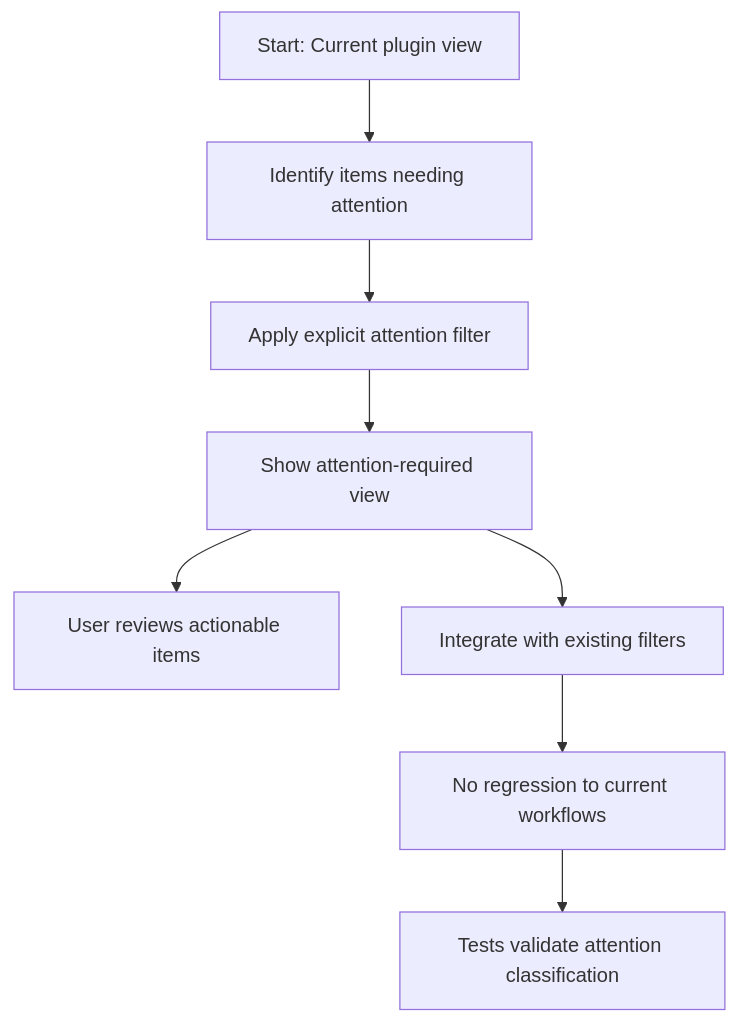
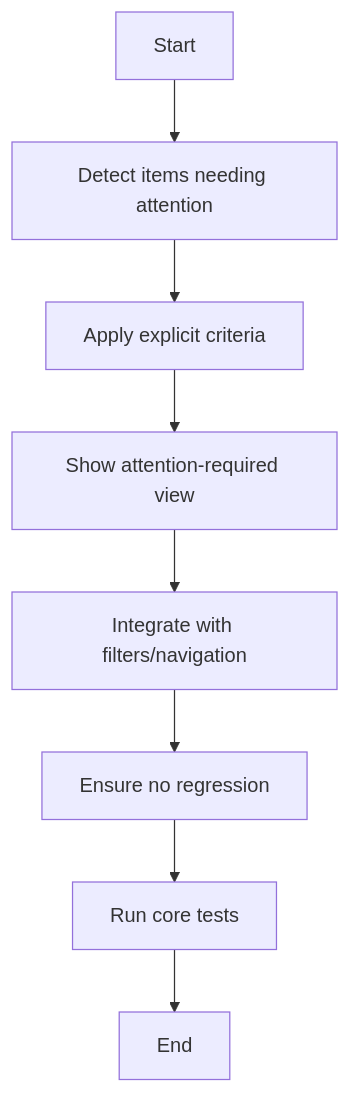
The diagram in logics/request/req_040_add_attention_required_view_to_the_plugin.md (AlexAgo83/logics-manager), drawn with Mermaid before and after one commit. The commit also changed 50 other files, not shown here.

````diff
--- a/logics/request/req_040_add_attention_required_view_to_the_plugin.md
+++ b/logics/request/req_040_add_attention_required_view_to_the_plugin.md
@@ -10,15 +10,12 @@
 ```mermaid
 %% logics-kind: request
 %% logics-signature: request|add-an-attention-required-view-to-the-pl|add-a-focused-way-to-surface|ac1-the-plugin-exposes-an-explicit
 flowchart TD
-  A[Start: Current plugin view]
-  B[Identify items needing attention]
-  C[Apply explicit attention filter]
-  D[Show attention-required view]
-  E[User reviews actionable items]
-  F[Integrate with existing filters]
-  G[No regression to current workflows]
-  H[Tests validate attention classification]
-  A --> B --> C --> D --> E
-  D --> F --> G --> H
+  A[Start] --> B[Detect items needing attention]
+  B --> C[Apply explicit criteria]
+  C --> D[Show attention-required view]
+  D --> E[Integrate with filters/navigation]
+  E --> F[Ensure no regression]
+  F --> G[Run core tests]
+  G --> H[End]
 ```
````
